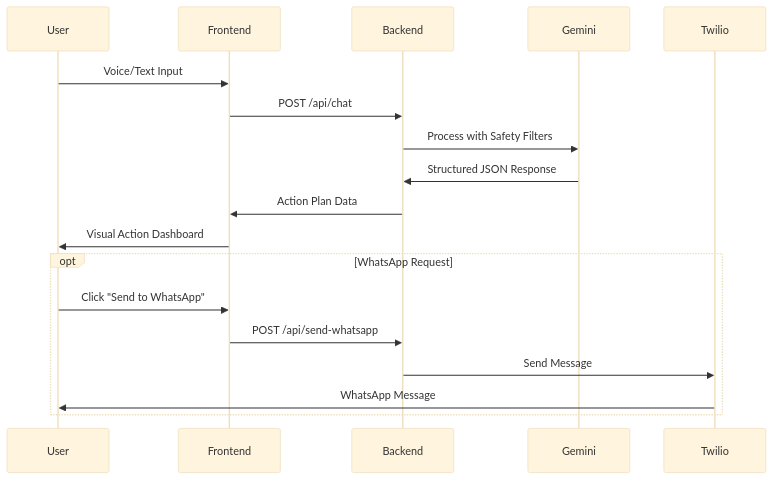
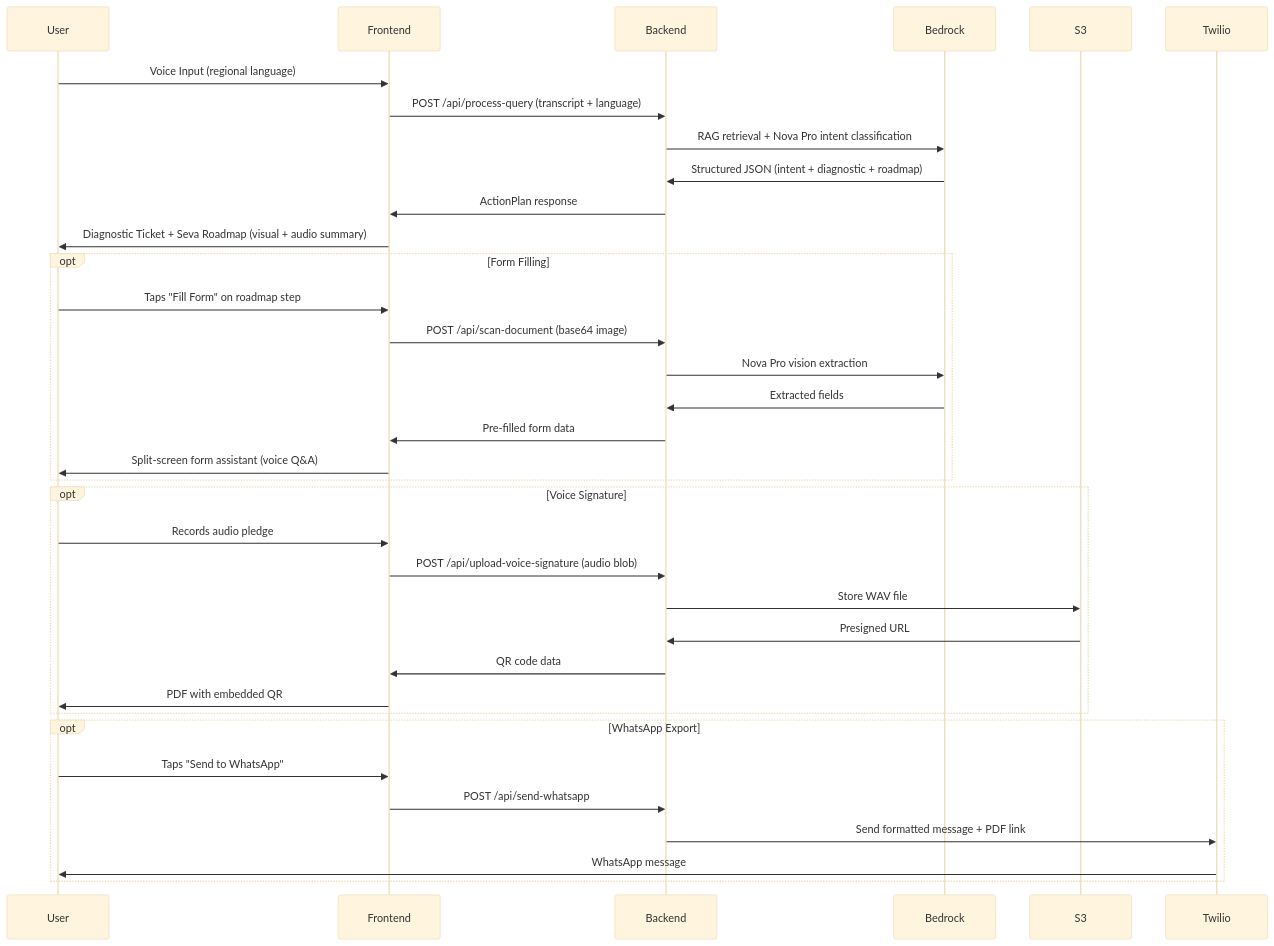
One commit to nothariharan/Bharat_Seva changed the second of 2 diagrams in design.md. Above: the diagram before and after it, drawn with Mermaid (base theme). The commit also changed other lines of this file and 31 other files, not shown here.

````diff
--- a/design.md
+++ b/design.md
@@ -68,22 +78,41 @@
 ```mermaid
 sequenceDiagram
     participant User
     participant Frontend
     participant Backend
-    participant Gemini
+    participant Bedrock
+    participant S3
     participant Twilio
-    
-    User->>Frontend: Voice/Text Input
-    Frontend->>Backend: POST /api/chat
-    Backend->>Gemini: Process with Safety Filters
-    Gemini->>Backend: Structured JSON Response
-    Backend->>Frontend: Action Plan Data
-    Frontend->>User: Visual Action Dashboard
-    
-    opt WhatsApp Request
-        User->>Frontend: Click "Send to WhatsApp"
+
+    User->>Frontend: Voice Input (regional language)
+    Frontend->>Backend: POST /api/process-query (transcript + language)
+    Backend->>Bedrock: RAG retrieval + Nova Pro intent classification
+    Bedrock->>Backend: Structured JSON (intent + diagnostic + roadmap)
+    Backend->>Frontend: ActionPlan response
+    Frontend->>User: Diagnostic Ticket + Seva Roadmap (visual + audio summary)
+
+    opt Form Filling
+        User->>Frontend: Taps "Fill Form" on roadmap step
+        Frontend->>Backend: POST /api/scan-document (base64 image)
+        Backend->>Bedrock: Nova Pro vision extraction
+        Bedrock->>Backend: Extracted fields
+        Backend->>Frontend: Pre-filled form data
+        Frontend->>User: Split-screen form assistant (voice Q&A)
+    end
+
+    opt Voice Signature
+        User->>Frontend: Records audio pledge
+        Frontend->>Backend: POST /api/upload-voice-signature (audio blob)
+        Backend->>S3: Store WAV file
+        S3->>Backend: Presigned URL
+        Backend->>Frontend: QR code data
+        Frontend->>User: PDF with embedded QR
+    end
+
+    opt WhatsApp Export
+        User->>Frontend: Taps "Send to WhatsApp"
         Frontend->>Backend: POST /api/send-whatsapp
-        Backend->>Twilio: Send Message
-        Twilio->>User: WhatsApp Message
+        Backend->>Twilio: Send formatted message + PDF link
+        Twilio->>User: WhatsApp message
     end
 ```
````
